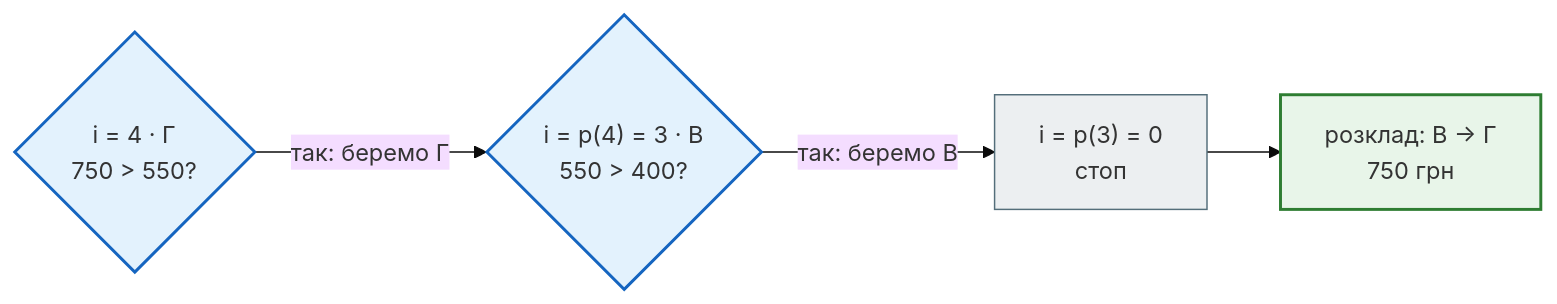
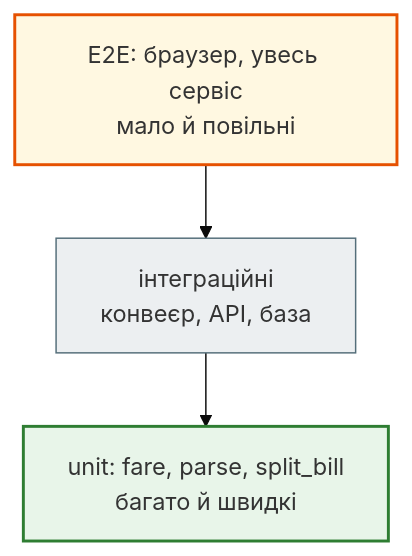
One commit to AlinaRadchenko/PY-Course-Victor-Nikoriak-22-09-2026 changed the first of 2 diagrams in docs/modules/m2/lesson_26.md. Above: the diagram before and after it, drawn with Mermaid (base theme). The commit also changed other lines of this file and 1846 other files, not shown here.

````diff
--- a/docs/modules/m2/lesson_26.md
+++ b/docs/modules/m2/lesson_26.md
@@ -444,16 +559,17 @@
 ```mermaid
-flowchart LR
+flowchart TD
     classDef step     fill:#eceff1,stroke:#546e7a,stroke-width:1px;
     classDef decision fill:#e3f2fd,stroke:#1565c0,stroke-width:2px;
     classDef success  fill:#e8f5e9,stroke:#2e7d32,stroke-width:2px;
     classDef error    fill:#ffebee,stroke:#c62828,stroke-width:3px;
     classDef warning  fill:#fff8e1,stroke:#e65100,stroke-width:2px;
 
-    I4{"i = 4 · Г<br>750 > 550?"} -- "так: беремо Г" --> I3{"i = p(4) = 3 · В<br>550 > 400?"}
-    I3 -- "так: беремо В" --> I0["i = p(3) = 0<br>стоп"]
-    I0 --> R["розклад: В → Г<br>750 грн"]
+    E2E["E2E: браузер, увесь сервіс<br>мало й повільні"]
+    INT["інтеграційні<br>конвеєр, API, база"]
+    UNIT["unit: fare, parse, split_bill<br>багато й швидкі"]
+    E2E --> INT --> UNIT
 
-    class I4,I3 decision
-    class I0 step
-    class R success
+    class E2E warning
+    class INT step
+    class UNIT success
 ```
````
